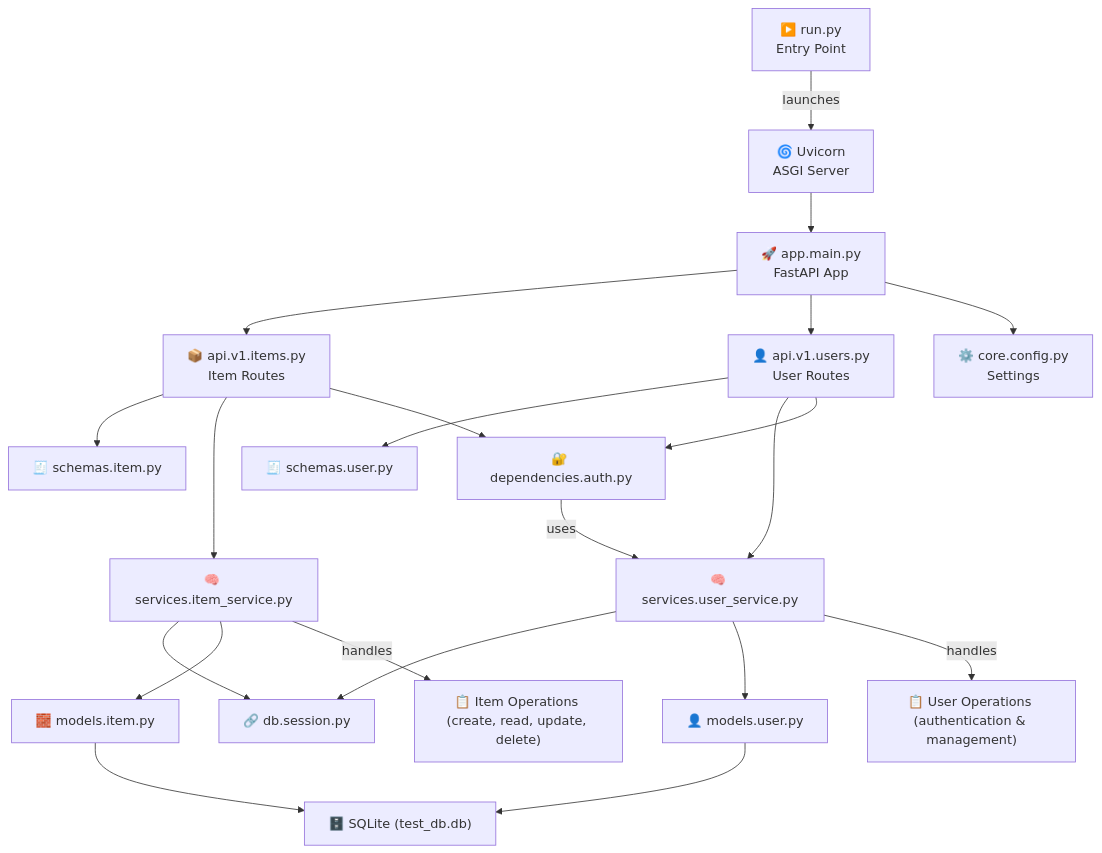
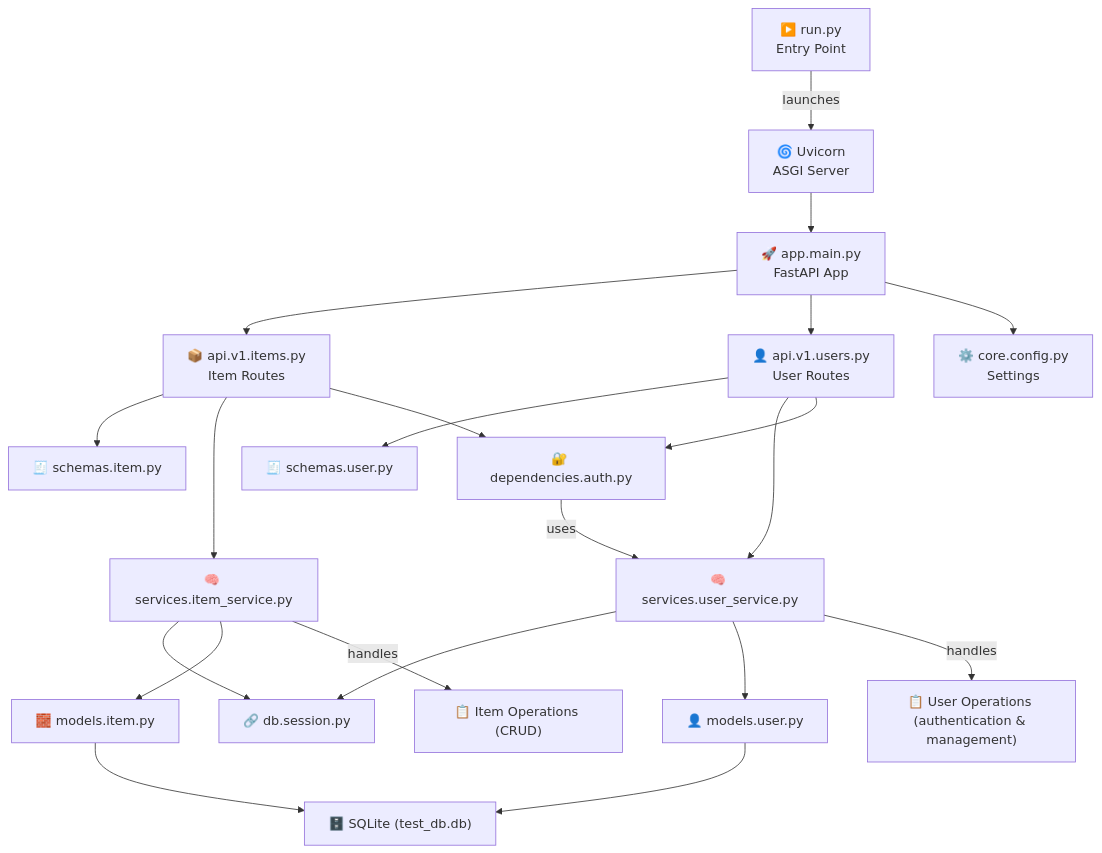
One commit to berserkhmdvhb/fastapi-template-dev changed the first of 2 diagrams in README.md. Above: the diagram before and after it, drawn with Mermaid.

````diff
--- a/README.md
+++ b/README.md
@@ -52,34 +52,34 @@
 ```mermaid
 graph TD
     Run["▶️ run.py<br/>Entry Point"] -->|launches| Uvicorn["🌀 Uvicorn<br/>ASGI Server"]
     Uvicorn --> AppMain["🚀 app.main.py<br/>FastAPI App"]
 
     %% App Layer
     AppMain --> ItemRouter["📦 api.v1.items.py<br/>Item Routes"]
     AppMain --> UserRouter["👤 api.v1.users.py<br/>User Routes"]
     AppMain --> Settings["⚙️ core.config.py<br/>Settings"]
 
     %% Routers
     ItemRouter --> ItemSchemas["🧾 schemas.item.py"]
     ItemRouter --> ItemService["🧠 services.item_service.py"]
     ItemRouter --> Auth["🔐 dependencies.auth.py"]
 
     UserRouter --> UserSchemas["🧾 schemas.user.py"]
     UserRouter --> UserService["🧠 services.user_service.py"]
     UserRouter --> Auth
 
     %% Services to DB
     ItemService --> Session["🔗 db.session.py"]
     UserService --> Session
 
     ItemService --> ItemModel["🧱 models.item.py"]
     UserService --> UserModel["👤 models.user.py"]
 
     ItemModel --> DB["🗄️ SQLite (test_db.db)"]
     UserModel --> DB
 
     %% Abstract service calls
     Auth -->|uses| UserService["🧠 services.user_service.py"]
     UserService -->|handles| UserOperations["📋 User Operations (authentication & management)"]
-    ItemService -->|handles| ItemOperations["📋 Item Operations (create, read, update, delete)"]
+    ItemService -->|handles| ItemOperations["📋 Item Operations (CRUD)"]
 ```
````
